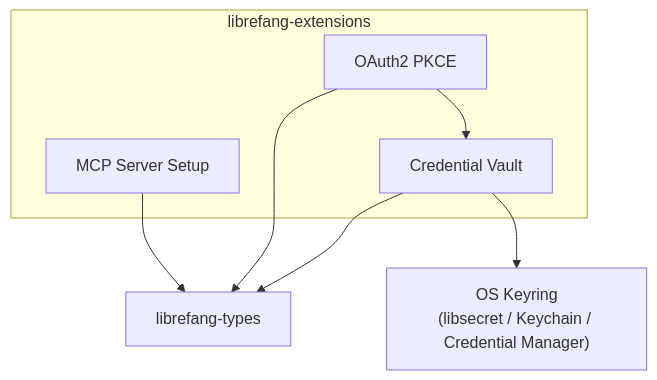
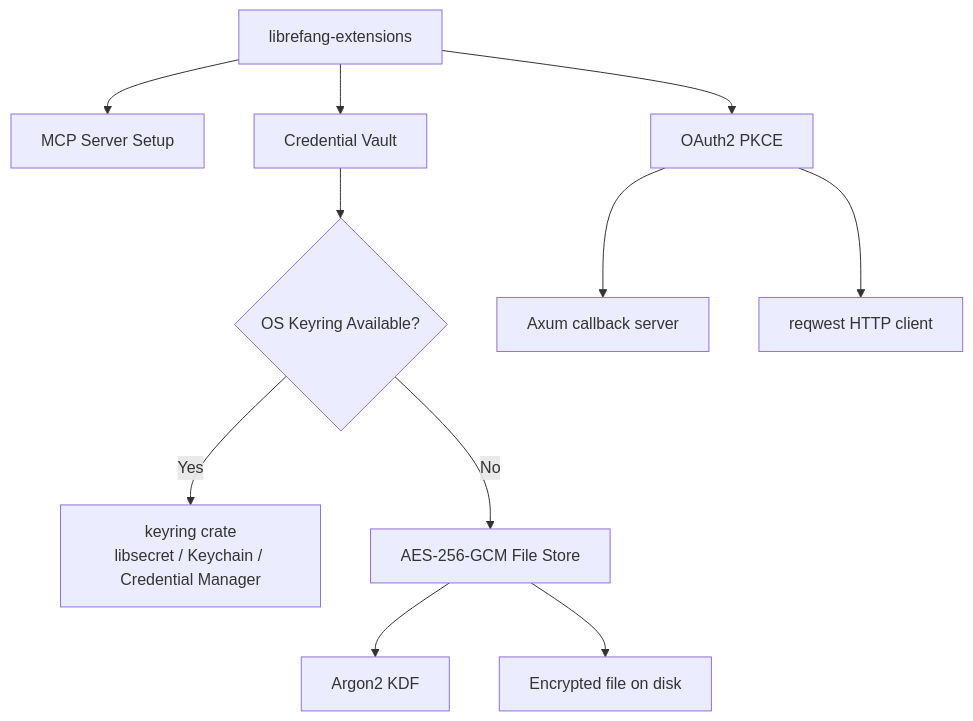
One commit to leszek3737/librefang-WIki changed the diagram in other-librefang-extensions.md. Above: the diagram before and after it, drawn with Mermaid. The commit also changed other lines of this file and 94 other files, not shown here.

````diff
--- a/other-librefang-extensions.md
+++ b/other-librefang-extensions.md
@@ -13,17 +13,13 @@
 ```mermaid
 graph TD
-    subgraph "librefang-extensions"
-        MCP["MCP Server Setup"]
-        Vault["Credential Vault"]
-        OAuth["OAuth2 PKCE"]
-    end
-
-    Types["librefang-types"]
-    Keyring["OS Keyring<br/>(libsecret / Keychain / Credential Manager)"]
-
-    MCP --> Types
-    Vault --> Types
-    OAuth --> Types
-    Vault --> Keyring
-    OAuth --> Vault
+    A[librefang-extensions] --> B[MCP Server Setup]
+    A --> C[Credential Vault]
+    A --> D[OAuth2 PKCE]
+    C --> E{OS Keyring Available?}
+    E -->|Yes| F[keyring crate<br>libsecret / Keychain / Credential Manager]
+    E -->|No| G[AES-256-GCM File Store]
+    G --> H[Argon2 KDF]
+    G --> I[Encrypted file on disk]
+    D --> J[Axum callback server]
+    D --> K[reqwest HTTP client]
 ```
````
